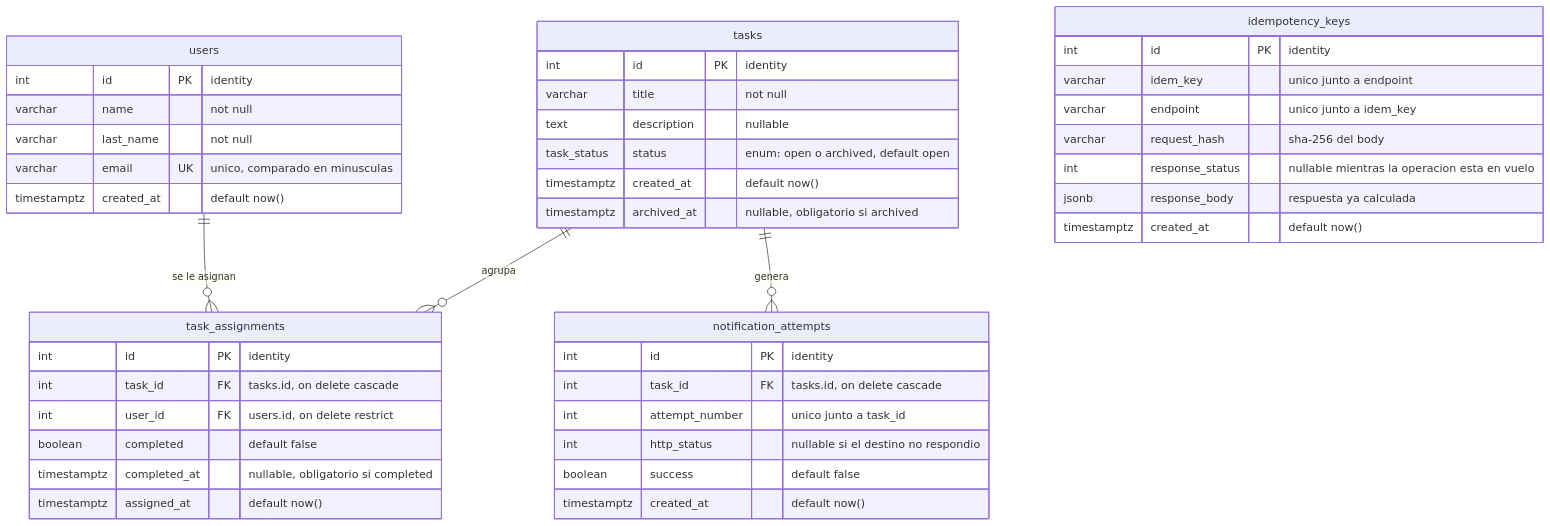
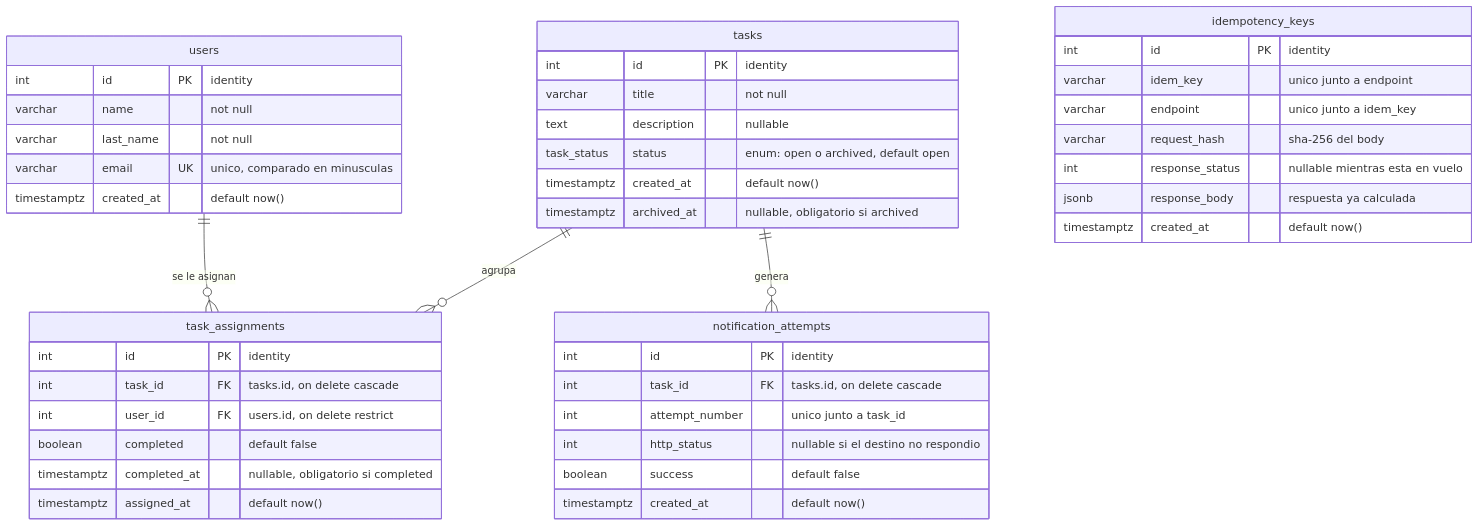
The diagram in README.md (MarioGaytan/Reto_Backend_Geest), drawn with Mermaid before and after one commit. The commit also changed other lines of this file and 2 other files, not shown here.

````diff
--- a/README.md
+++ b/README.md
@@ -100,51 +103,51 @@
 ```mermaid
 erDiagram
     users ||--o{ task_assignments : "se le asignan"
     tasks ||--o{ task_assignments : "agrupa"
     tasks ||--o{ notification_attempts : "genera"
 
     users {
         int id PK "identity"
         varchar name "not null"
         varchar last_name "not null"
         varchar email UK "unico, comparado en minusculas"
         timestamptz created_at "default now()"
     }
 
     tasks {
         int id PK "identity"
         varchar title "not null"
         text description "nullable"
         task_status status "enum: open o archived, default open"
         timestamptz created_at "default now()"
         timestamptz archived_at "nullable, obligatorio si archived"
     }
 
     task_assignments {
         int id PK "identity"
         int task_id FK "tasks.id, on delete cascade"
         int user_id FK "users.id, on delete restrict"
         boolean completed "default false"
         timestamptz completed_at "nullable, obligatorio si completed"
         timestamptz assigned_at "default now()"
     }
 
     notification_attempts {
         int id PK "identity"
         int task_id FK "tasks.id, on delete cascade"
         int attempt_number "unico junto a task_id"
         int http_status "nullable si el destino no respondio"
         boolean success "default false"
         timestamptz created_at "default now()"
     }
 
     idempotency_keys {
         int id PK "identity"
         varchar idem_key "unico junto a endpoint"
         varchar endpoint "unico junto a idem_key"
         varchar request_hash "sha-256 del body"
-        int response_status "nullable mientras la operacion esta en vuelo"
+        int response_status "nullable mientras esta en vuelo"
         jsonb response_body "respuesta ya calculada"
         timestamptz created_at "default now()"
     }
 ```
````
